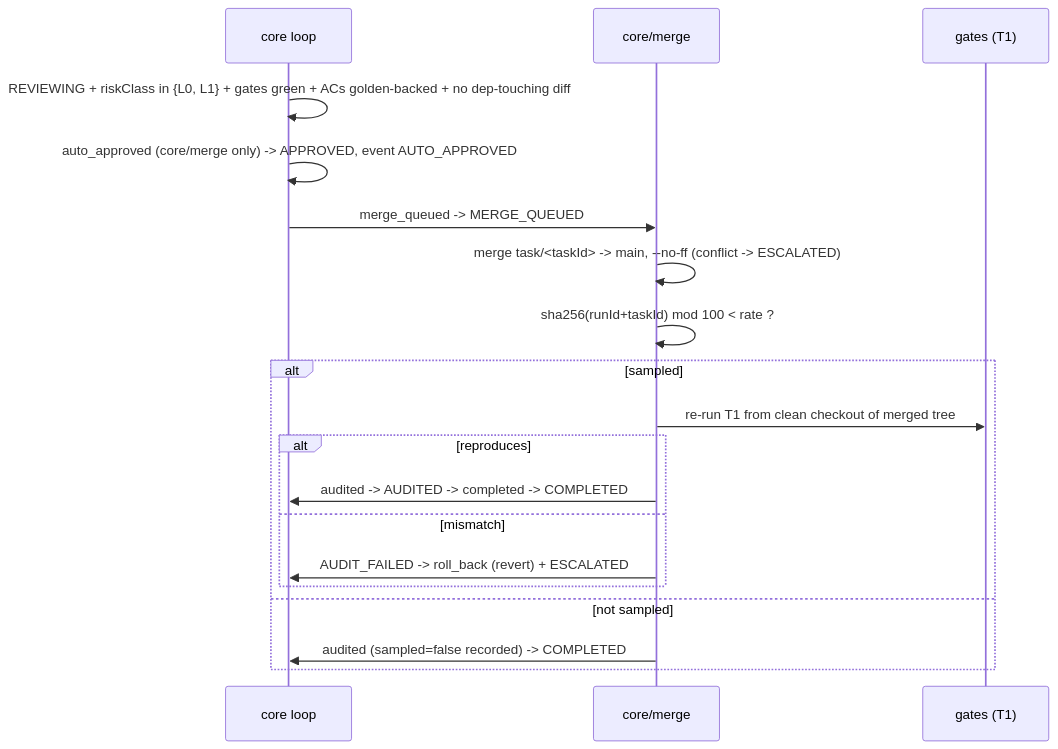
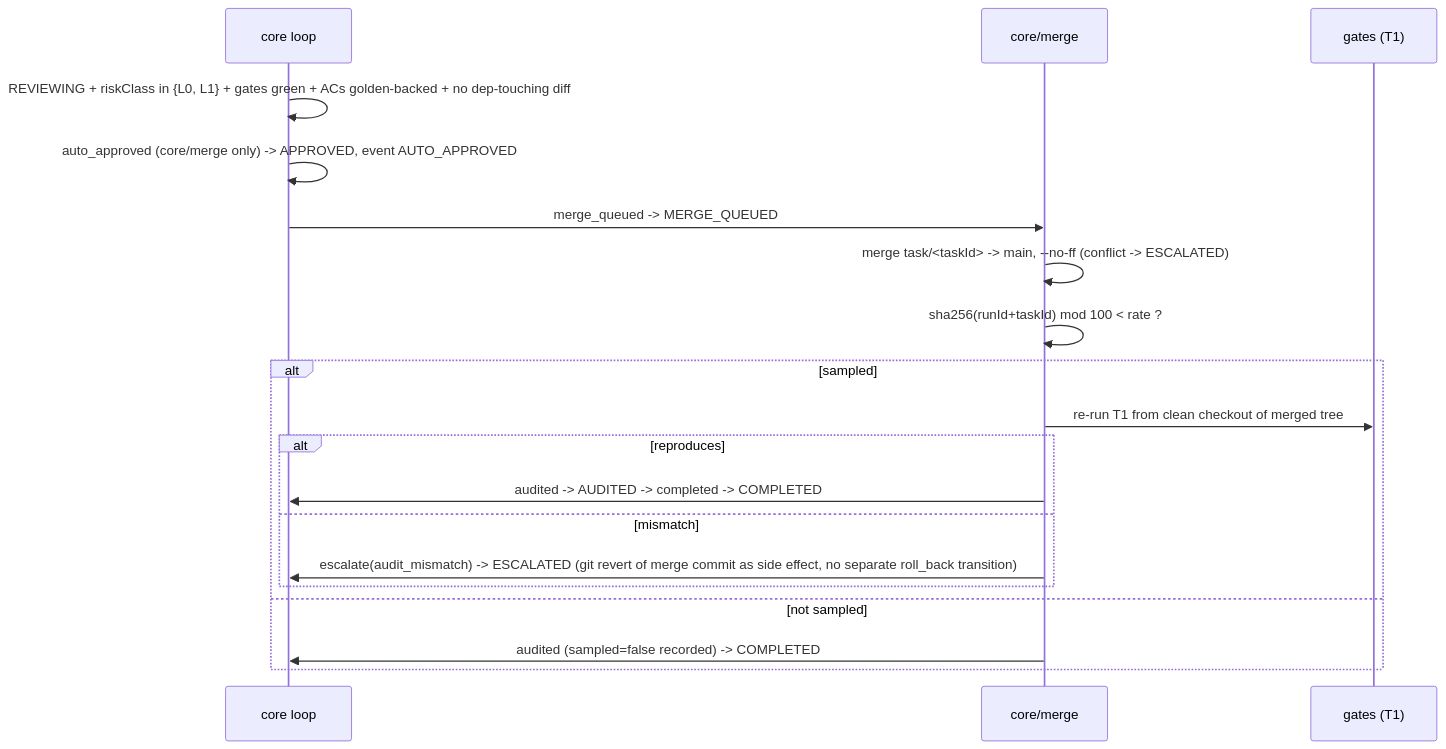
Before and after one commit to metrodiesign/spec-driven-development: the fourth of 5 diagrams in .ai/specs/platform-phase2/design.md, drawn with Mermaid. The commit also changed other lines of this file, not shown here.

````diff
--- a/.ai/specs/platform-phase2/design.md
+++ b/.ai/specs/platform-phase2/design.md
@@ -365,21 +368,21 @@
 ```mermaid
 sequenceDiagram
     participant L as core loop
     participant M as core/merge
     participant G as gates (T1)
     L->>L: REVIEWING + riskClass in {L0, L1} + gates green + ACs golden-backed + no dep-touching diff
     L->>L: auto_approved (core/merge only) -> APPROVED, event AUTO_APPROVED
     L->>M: merge_queued -> MERGE_QUEUED
     M->>M: merge task/<taskId> -> main, --no-ff (conflict -> ESCALATED)
     M->>M: sha256(runId+taskId) mod 100 < rate ?
     alt sampled
         M->>G: re-run T1 from clean checkout of merged tree
         alt reproduces
             M->>L: audited -> AUDITED -> completed -> COMPLETED
         else mismatch
-            M->>L: AUDIT_FAILED -> roll_back (revert) + ESCALATED
+            M->>L: escalate(audit_mismatch) -> ESCALATED (git revert of merge commit as side effect, no separate roll_back transition)
         end
     else not sampled
         M->>L: audited (sampled=false recorded) -> COMPLETED
     end
 ```
````
